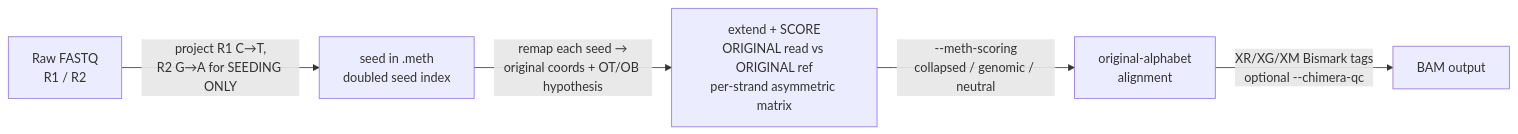
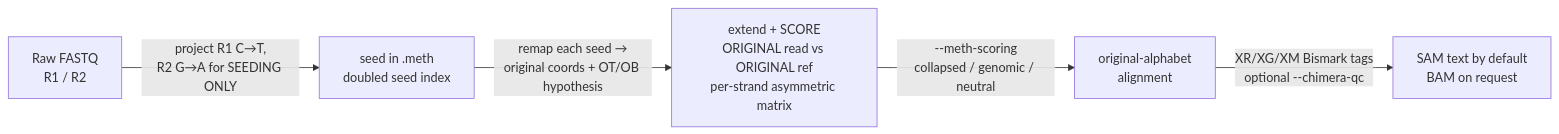
Before and after one commit to fg-labs/bwa-mem3: the diagram in docs/src/methylation/overview.md, drawn with Mermaid. The commit also changed other lines of this file and 16 other files, not shown here.

````diff
--- a/docs/src/methylation/overview.md
+++ b/docs/src/methylation/overview.md
@@ -104,7 +111,7 @@
 ```mermaid
 flowchart LR
     A[Raw FASTQ\nR1 / R2] -->|project R1 C→T,\nR2 G→A for SEEDING ONLY| B[seed in .meth\ndoubled seed index]
     B -->|remap each seed →\noriginal coords + OT/OB hypothesis| C[extend + SCORE\nORIGINAL read vs ORIGINAL ref\nper-strand asymmetric matrix]
     C -->|--meth-scoring\ncollapsed / genomic / neutral| D[original-alphabet\nalignment]
-    D -->|XR/XG/XM Bismark tags\noptional --chimera-qc| E[BAM output]
+    D -->|XR/XG/XM Bismark tags\noptional --chimera-qc| E[SAM text by default\nBAM on request]
 ```
````
